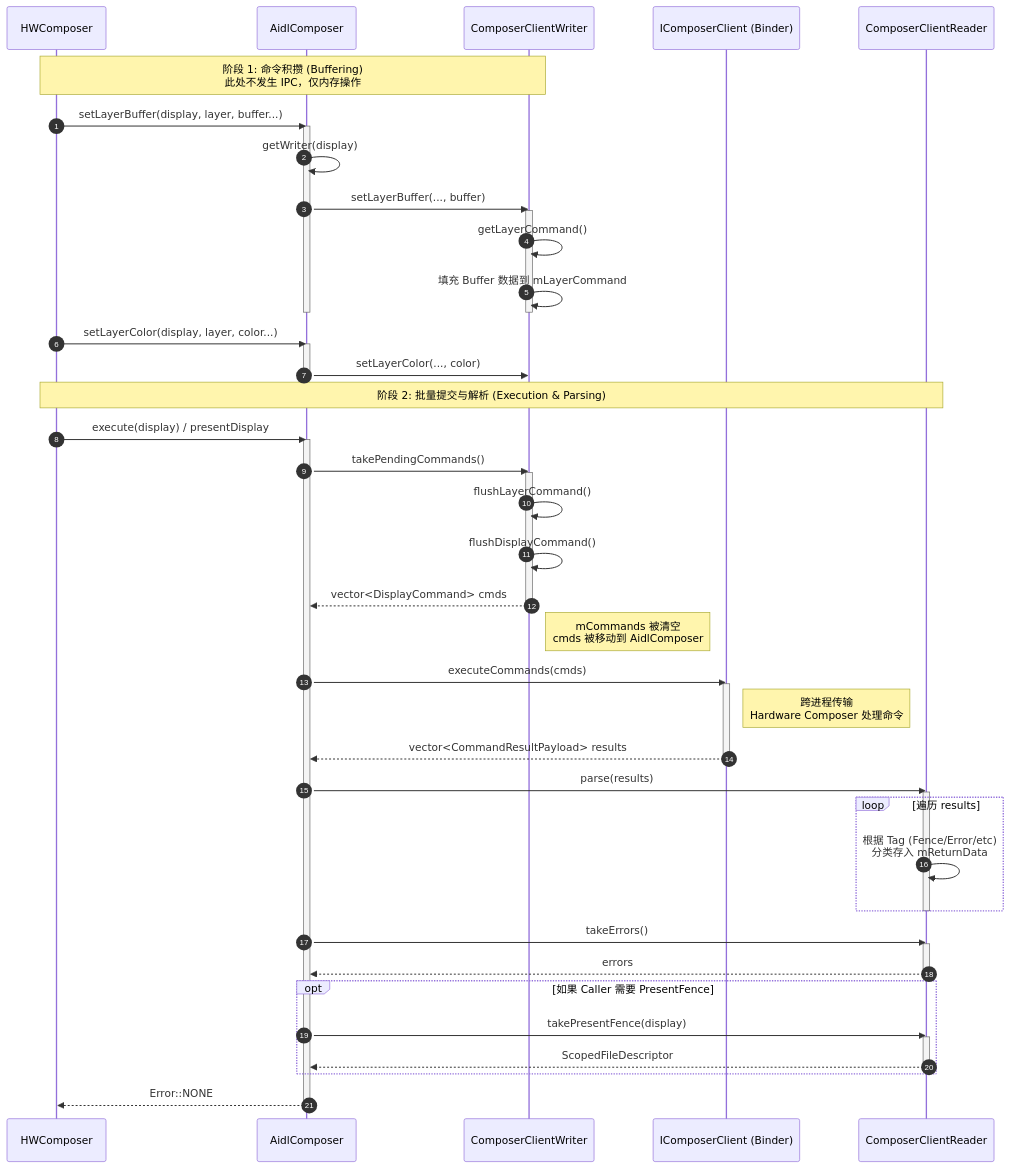
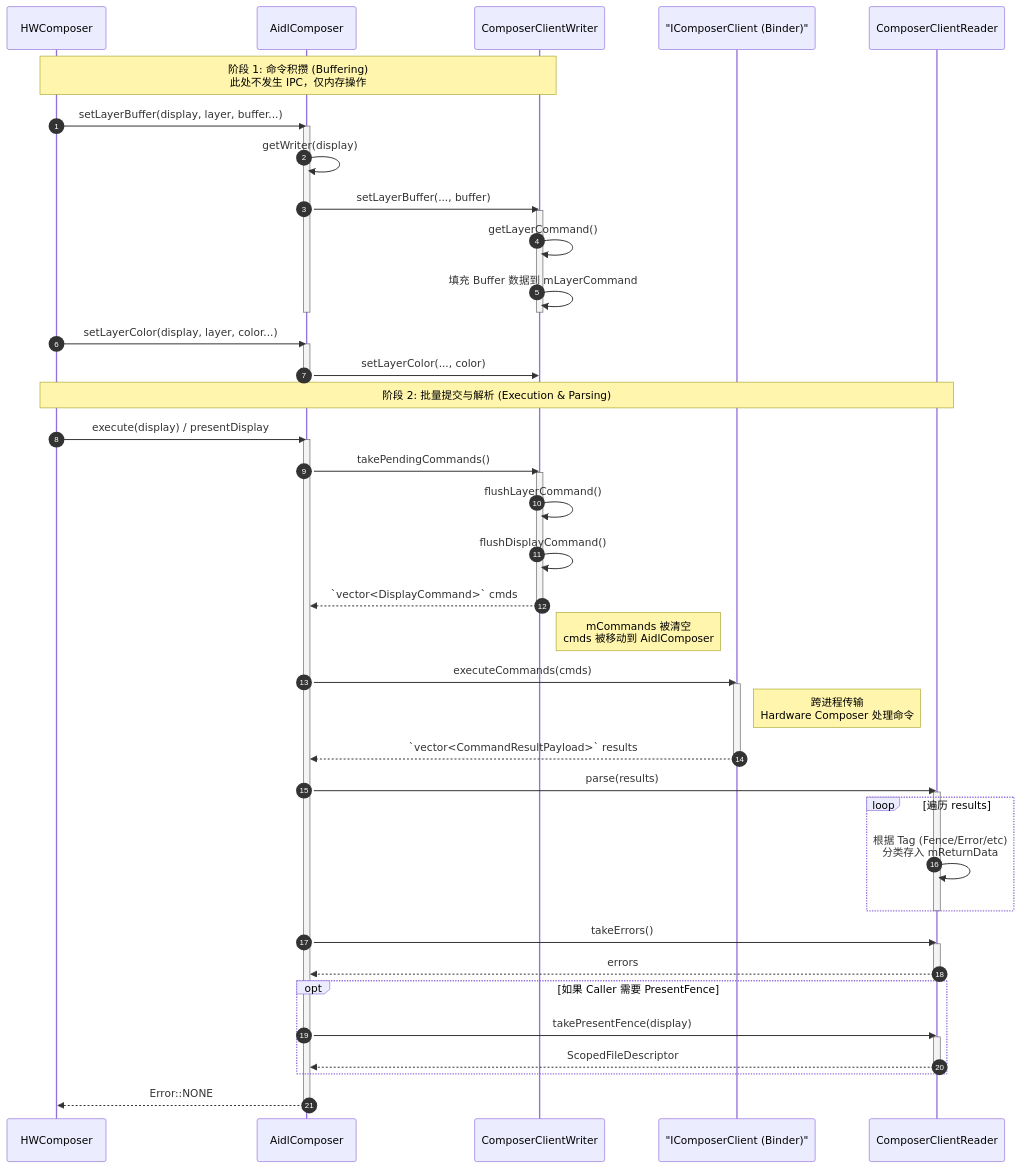
Before and after one commit to Ethen-Cao/ethenslab: the tenth of 12 diagrams in content/android-dev/display/surfaceflinger_composition.md, drawn with Mermaid. The commit also changed other lines of this file and 2 other files, not shown here.

Commit message:
update post

````diff
--- a/content/android-dev/display/surfaceflinger_composition.md
+++ b/content/android-dev/display/surfaceflinger_composition.md
@@ -1197,74 +1197,70 @@
 ```mermaid
 sequenceDiagram
     autonumber
     participant Caller as HWComposer
     participant Aidl as AidlComposer
     participant Writer as ComposerClientWriter
-    participant Binder as IComposerClient (Binder)
+    participant Binder as "IComposerClient (Binder)"
     participant Reader as ComposerClientReader
 
     Note over Caller, Writer: 阶段 1: 命令积攒 (Buffering)<br/>此处不发生 IPC，仅内存操作
 
-    %% 模拟积攒多个命令
     Caller->>Aidl: setLayerBuffer(display, layer, buffer...)
     activate Aidl
     Aidl->>Aidl: getWriter(display)
     Aidl->>Writer: setLayerBuffer(..., buffer)
     activate Writer
     Writer->>Writer: getLayerCommand()
     Writer->>Writer: 填充 Buffer 数据到 mLayerCommand
     deactivate Writer
     deactivate Aidl
 
     Caller->>Aidl: setLayerColor(display, layer, color...)
     activate Aidl
     Aidl->>Writer: setLayerColor(..., color)
     deactivate Aidl
 
-    %% 阶段 2: 提交执行
     Note over Caller, Reader: 阶段 2: 批量提交与解析 (Execution & Parsing)
 
     Caller->>Aidl: execute(display) / presentDisplay
     activate Aidl
-    
-    %% 2.1 取出命令
+
     Aidl->>Writer: takePendingCommands()
     activate Writer
     Writer->>Writer: flushLayerCommand()
     Writer->>Writer: flushDisplayCommand()
-    Writer-->>Aidl: vector<DisplayCommand> cmds
+    Writer-->>Aidl: `vector<DisplayCommand>` cmds
     deactivate Writer
+
     Note right of Writer: mCommands 被清空<br/>cmds 被移动到 AidlComposer
 
-    %% 2.2 IPC 调用
     Aidl->>Binder: executeCommands(cmds)
     activate Binder
     Note right of Binder: 跨进程传输<br/>Hardware Composer 处理命令
-    Binder-->>Aidl: vector<CommandResultPayload> results
+    Binder-->>Aidl: `vector<CommandResultPayload>` results
     deactivate Binder
 
-    %% 2.3 解析结果
     Aidl->>Reader: parse(results)
     activate Reader
     loop 遍历 results
         Reader->>Reader: 根据 Tag (Fence/Error/etc)<br/>分类存入 mReturnData
     end
     deactivate Reader
 
-    %% 2.4 检查错误与获取结果
     Aidl->>Reader: takeErrors()
     activate Reader
     Reader-->>Aidl: errors
     deactivate Reader
 
     opt 如果 Caller 需要 PresentFence
         Aidl->>Reader: takePresentFence(display)
         activate Reader
         Reader-->>Aidl: ScopedFileDescriptor
         deactivate Reader
     end
 
     Aidl-->>Caller: Error::NONE
     deactivate Aidl
 
+
 ```
````
